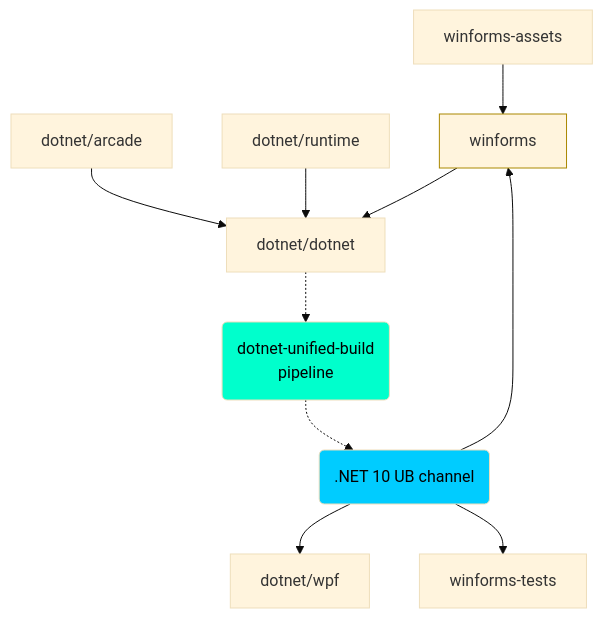
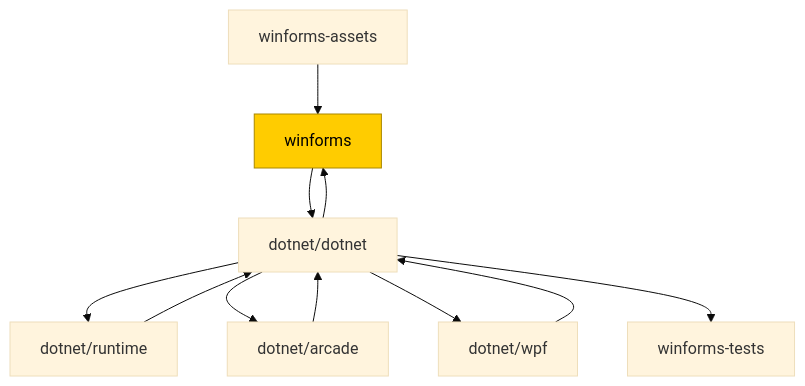
One commit to dotnet/arcade changed the fourth of 4 diagrams in Documentation/UnifiedBuild/Flat flow migration guide.md. Above: the diagram before and after it, drawn with Mermaid (base theme). The commit also changed other lines of this file, not shown here.

Commit message:
Update diagram

````diff
--- a/Documentation/UnifiedBuild/Flat flow migration guide.md
+++ b/Documentation/UnifiedBuild/Flat flow migration guide.md
@@ -171,19 +171,17 @@
 ```mermaid
 graph TD
     winformsAssets[winforms-assets]--> winforms:::active
-    
+
     arcade[dotnet/arcade] --> vmr[dotnet/dotnet]
     runtime[dotnet/runtime] --> vmr
+    vmr --> runtime
+    vmr --> arcade
     winforms --> vmr
 
-    vmr -.-> vmrCi(dotnet-unified-build<br/>pipeline):::pipeline
-    vmrCi -.-> net10ub(.NET 10 UB channel):::channel
+    vmr --> wpf[dotnet/wpf]
+    wpf --> vmr
+    vmr --> winformsTests[winforms-tests]
+    vmr --> winforms
 
-    net10ub --> wpf[dotnet/wpf]
-    net10ub --> winformsTests[winforms-tests]
-    net10ub --> winforms
-
-    classDef active stroke:#aa8800;
-    classDef pipeline fill:#00ffcc,color:#000;
-    classDef channel fill:#00ccff,color:#000;
+    classDef active fill:#ffcc00,stroke:#aa8800,color:#000;
 ```
````
